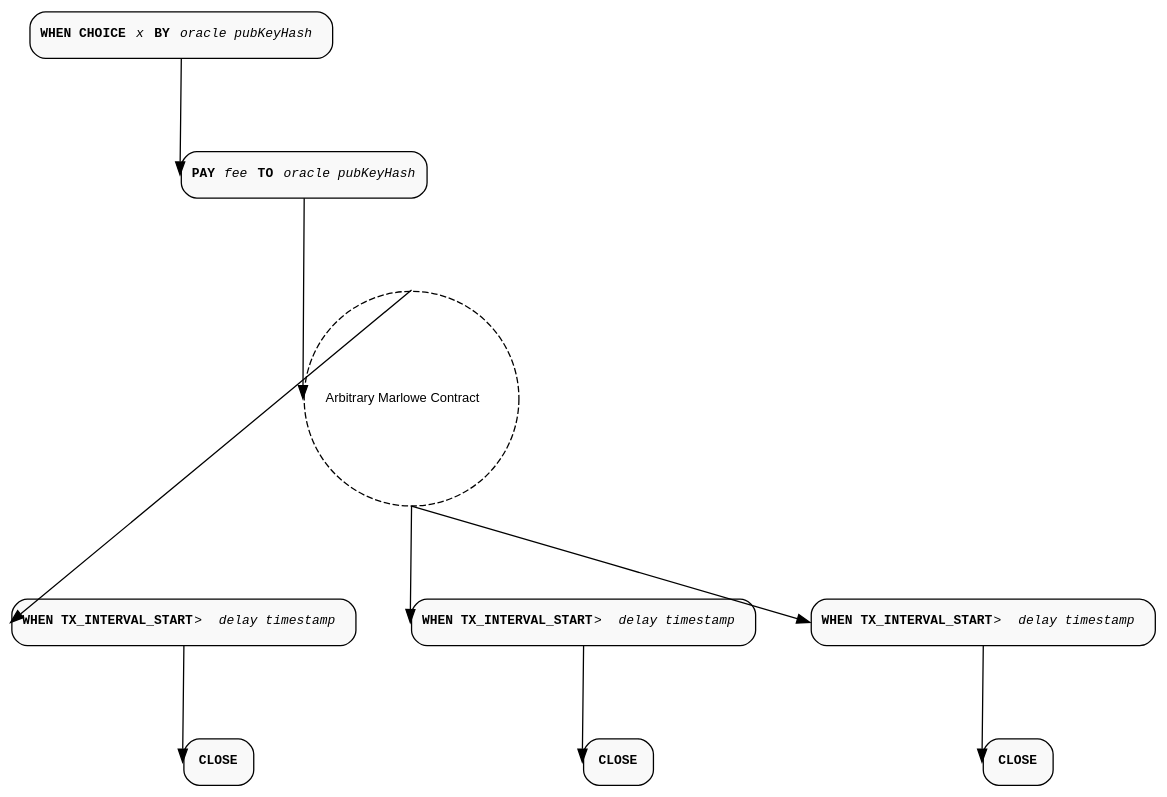
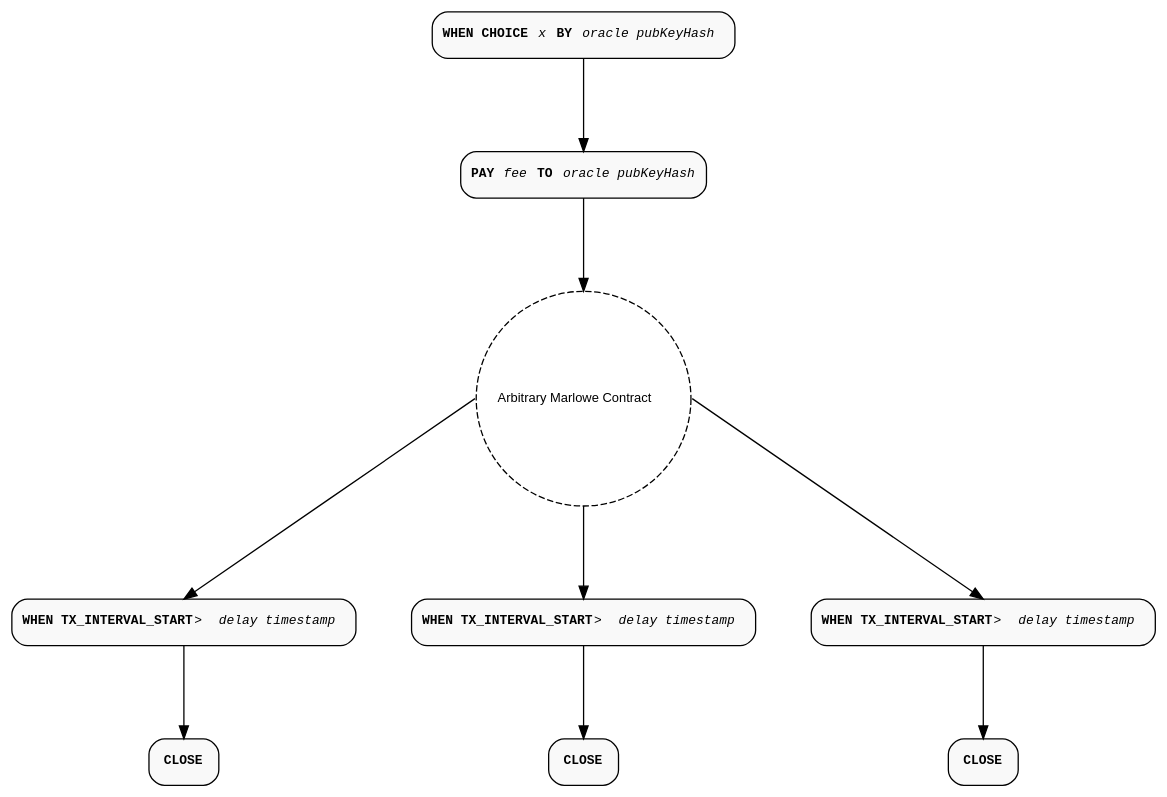
The diagram in diagrams/marlowe-request-thread-delay.dot (marlowe-lang/marlowe-oracle-protocol), drawn with Graphviz before and after one commit. The commit also changed 22 other files, not shown here.

Commit message:
Actually make diagrams top-down

```diff
--- a/diagrams/marlowe-request-thread-delay.dot
+++ b/diagrams/marlowe-request-thread-delay.dot
@@ -1,41 +1,41 @@
 digraph MarloweRequestDelay {
   rankdir=TD;
   graph [pad="0.02", nodesep="0.6", ranksep="1", splines="line"];
   node [shape=rect, style="filled, rounded", fillcolor="#f9f9f9", fontname="Courier New", fontsize="10"];
-  edge [tailport="s", headport="w", color="#aaa", fontname="Courier New", fontsize="10"];
+  edge [tailport="s", headport="n", color="#aaa", fontname="Courier New", fontsize="10"];
 
   OracleChoiceStep [label=<<b>WHEN CHOICE</b> <i>x</i> <b>BY</b> <i>oracle pubKeyHash</i> > color="#aaa" ];
 
   PayStep [label=<<b>PAY </b><i>fee</i> <b>TO</b> <i>oracle pubKeyHash</i>> color="#aaa" ];
 
   OracleChoiceStep -> PayStep;
 
   ContinuationThread [shape=circle, labelloc="c", labeljust="c", style="dashed,rounded", color="#aaa" fillcolor="white", fontname="Helvetica", margin="0.05", padding="10", label=<Arbitrary Marlowe Contract>];
 
   PayStep -> ContinuationThread;
 
   DelayStep1 [label=<<b>WHEN TX_INTERVAL_START</b> &gt; <i>delay timestamp</i> > color="#aaa" ];
 
-  ContinuationThread -> DelayStep1 [tailport="n"];
+  ContinuationThread -> DelayStep1 [tailport="e"];
 
   DelayStep2 [label=<<b>WHEN TX_INTERVAL_START</b> &gt; <i>delay timestamp</i> > color="#aaa" ];
 
   ContinuationThread -> DelayStep2;
 
   DelayStep3 [label=<<b>WHEN TX_INTERVAL_START</b> &gt; <i>delay timestamp</i> > color="#aaa" ];
 
-  ContinuationThread -> DelayStep3 [tailport="s"];
+  ContinuationThread -> DelayStep3 [tailport="w"];
 
   CloseStep1 [label=<<b>CLOSE</b>> color="#aaa" ];
 
   DelayStep1 -> CloseStep1;
 
   CloseStep2 [label=<<b>CLOSE</b>> color="#aaa" ];
 
   DelayStep2 -> CloseStep2;
 
   CloseStep3 [label=<<b>CLOSE</b>> color="#aaa" ];
 
   DelayStep3 -> CloseStep3;
 
 }
```
